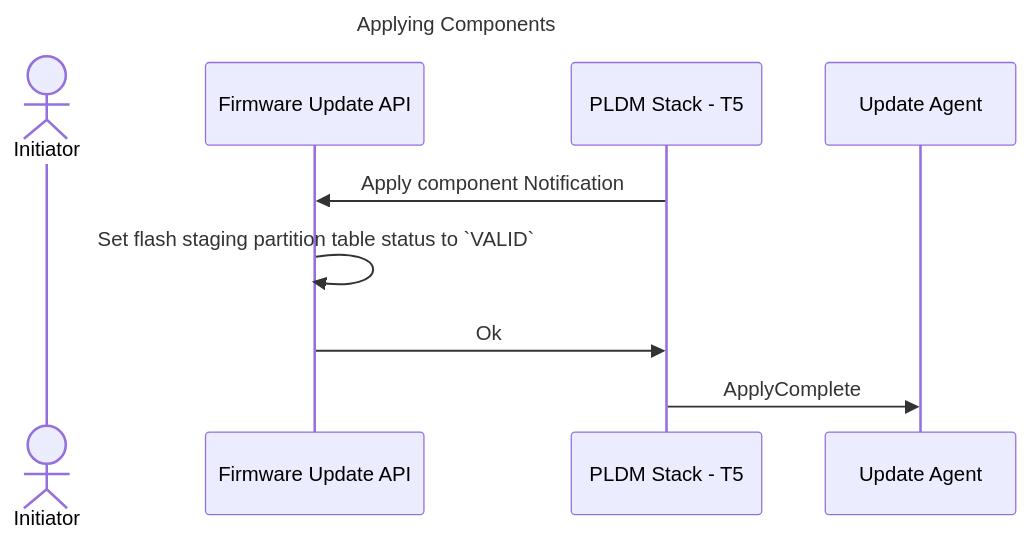
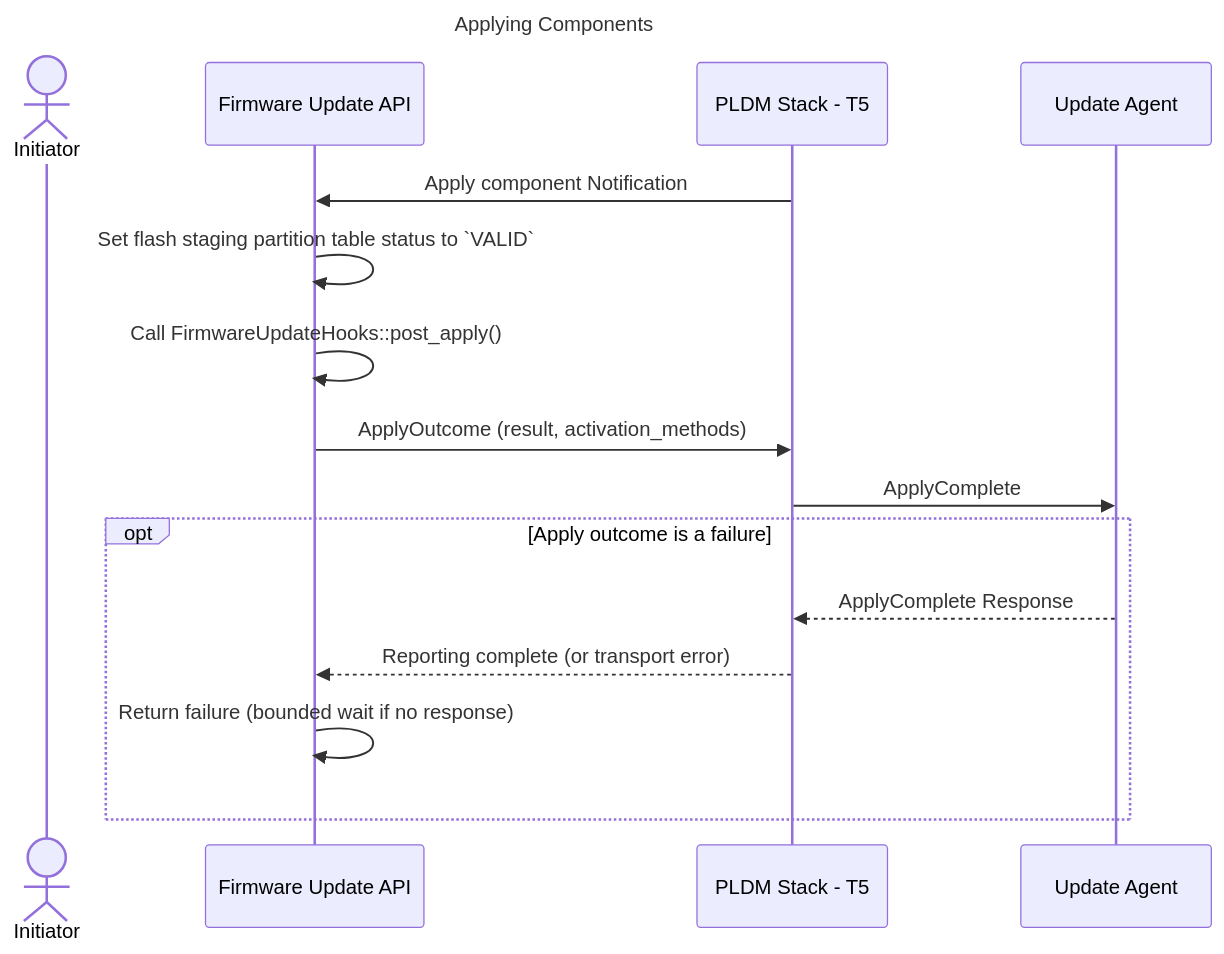
The eighth of 10 diagrams in docs/src/firmware_update.md (chipsalliance/caliptra-mcu-sw), drawn with Mermaid before and after one commit. The commit also changed 11 other files, not shown here.

First line of the commit message:
[pldm] Allow platform activation method changes in ApplyComplete (#2267)

````diff
--- a/docs/src/firmware_update.md
+++ b/docs/src/firmware_update.md
@@ -161,16 +161,22 @@
 ```mermaid
 sequenceDiagram
     title Applying Components
 
     actor App as Initiator
     participant API as Firmware Update API
     participant Firmware as PLDM Stack - T5
     participant PLDM as Update Agent
 
     Firmware->>API: Apply component Notification
     API->>API: Set flash staging partition table status to `VALID`
+    API->>API: Call FirmwareUpdateHooks::post_apply()
 
-    API->>Firmware: Ok
+    API->>Firmware: ApplyOutcome (result, activation_methods)
     Firmware->>PLDM: ApplyComplete
+    opt Apply outcome is a failure
+        PLDM-->>Firmware: ApplyComplete Response
+        Firmware-->>API: Reporting complete (or transport error)
+        API->>API: Return failure (bounded wait if no response)
+    end
 
 ```
````
